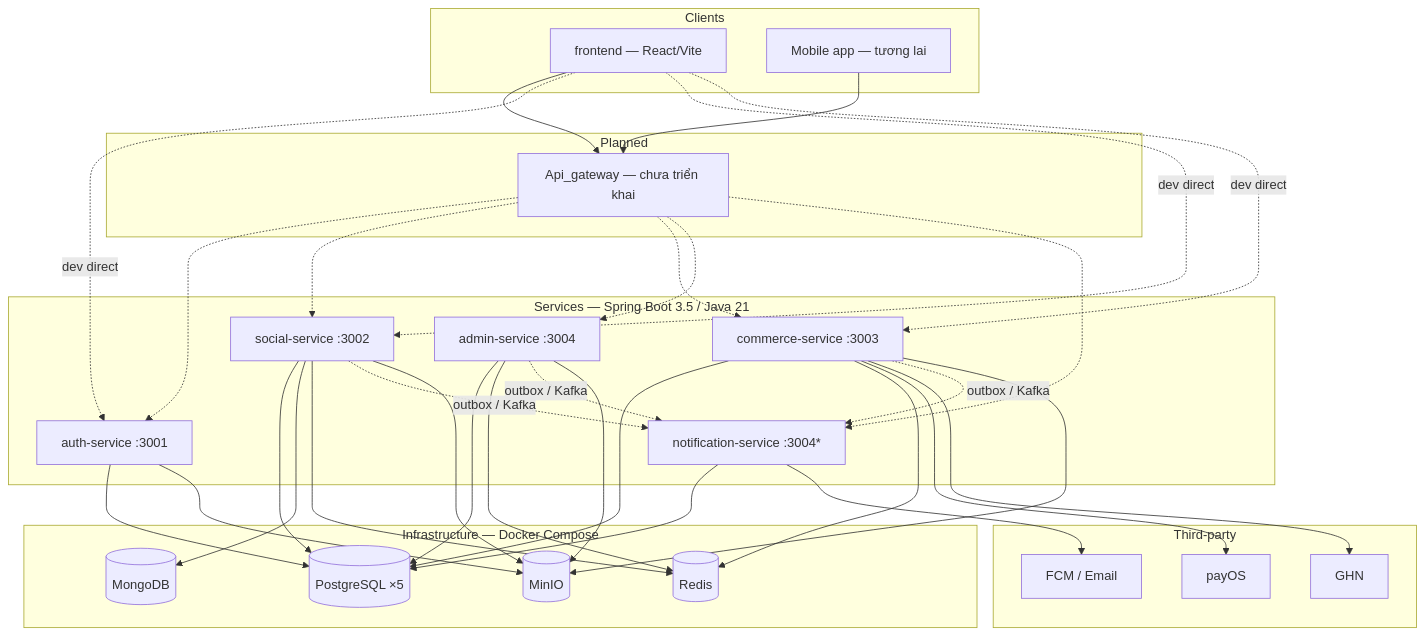
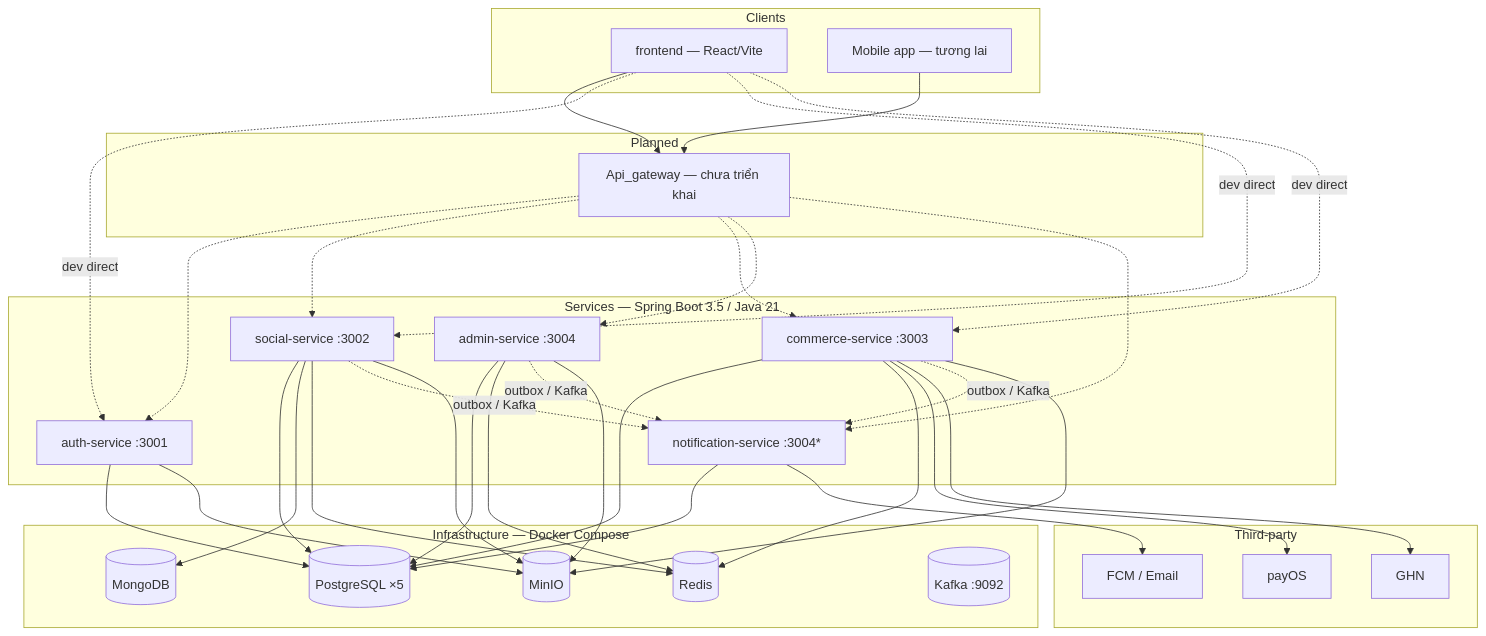
The diagram in README.md (Kietptk2k4/2Hand_Projects), drawn with Mermaid before and after one commit. The commit also changed other lines of this file and 6 other files, not shown here.

````diff
--- a/README.md
+++ b/README.md
@@ -13,50 +13,51 @@
 ```mermaid
 flowchart TB
   subgraph clients [Clients]
     Web[frontend — React/Vite]
     Mobile[Mobile app — tương lai]
   end
 
   subgraph gateway [Planned]
     GW[Api_gateway — chưa triển khai]
   end
 
   subgraph services [Services — Spring Boot 3.5 / Java 21]
     Auth[auth-service :3001]
     Social[social-service :3002]
     Commerce[commerce-service :3003]
     Admin[admin-service :3004]
     Notif[notification-service :3004*]
   end
 
   subgraph infra [Infrastructure — Docker Compose]
     PG[(PostgreSQL ×5)]
     Mongo[(MongoDB)]
     Redis[(Redis)]
     MinIO[(MinIO)]
+    Kafka[(Kafka :9092)]
   end
 
   subgraph external [Third-party]
     PayOS[payOS]
     GHN[GHN]
     FCM[FCM / Email]
   end
 
   Web --> GW
   Mobile --> GW
   GW -.-> Auth & Social & Commerce & Admin & Notif
   Web -. dev direct .-> Auth & Social & Commerce
 
   Auth --> PG
   Social --> PG & Mongo & Redis
   Commerce --> PG & Redis
   Admin --> PG & Redis
   Notif --> PG
 
   Commerce --> PayOS & GHN
   Notif --> FCM
   Social & Commerce & Admin -. outbox / Kafka .-> Notif
 
   Auth & Admin & Commerce --> MinIO
   Social --> MinIO
 ```
````
